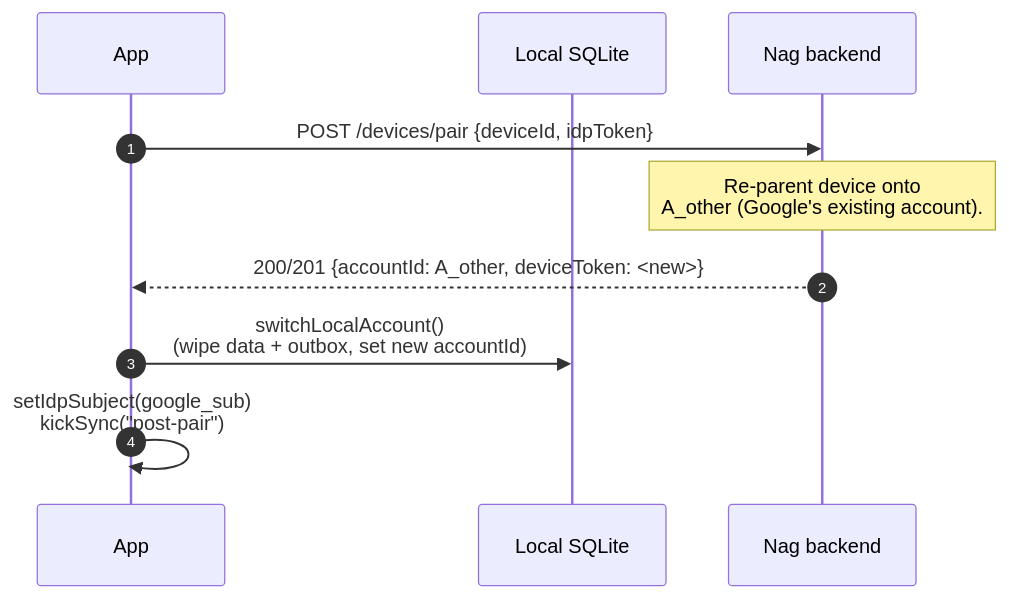
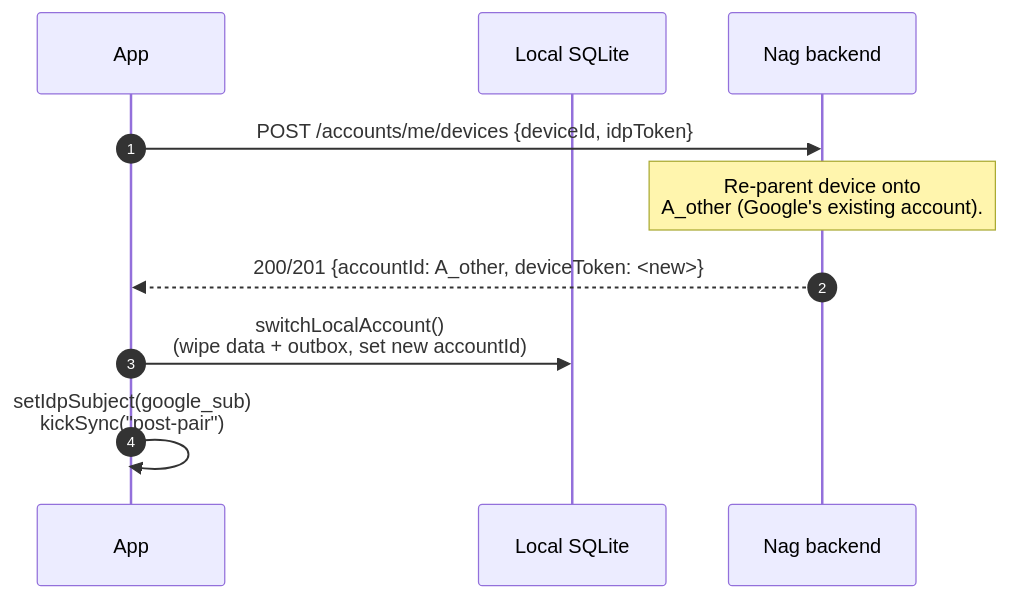
Before and after one commit to auctionready/nag: the seventh of 12 diagrams in docs/IdentityAndAuth.md, drawn with Mermaid. The commit also changed other lines of this file and 24 other files, not shown here.

First line of the commit message:
api+app: REST-ify device endpoints (/devices, /accounts/me/devices, /devices/me)

````diff
--- a/docs/IdentityAndAuth.md
+++ b/docs/IdentityAndAuth.md
@@ -583,13 +586,13 @@
 ```mermaid
 sequenceDiagram
     autonumber
     participant App as App
     participant Local as Local SQLite
     participant Server as Nag backend
 
-    App->>Server: POST /devices/pair {deviceId, idpToken}
+    App->>Server: POST /accounts/me/devices {deviceId, idpToken}
     Note over Server: Re-parent device onto<br/>A_other (Google's existing account).
     Server-->>App: 200/201 {accountId: A_other, deviceToken: <new>}
     App->>Local: switchLocalAccount()<br/>(wipe data + outbox, set new accountId)
     App->>App: setIdpSubject(google_sub)<br/>kickSync("post-pair")
 ```
````
